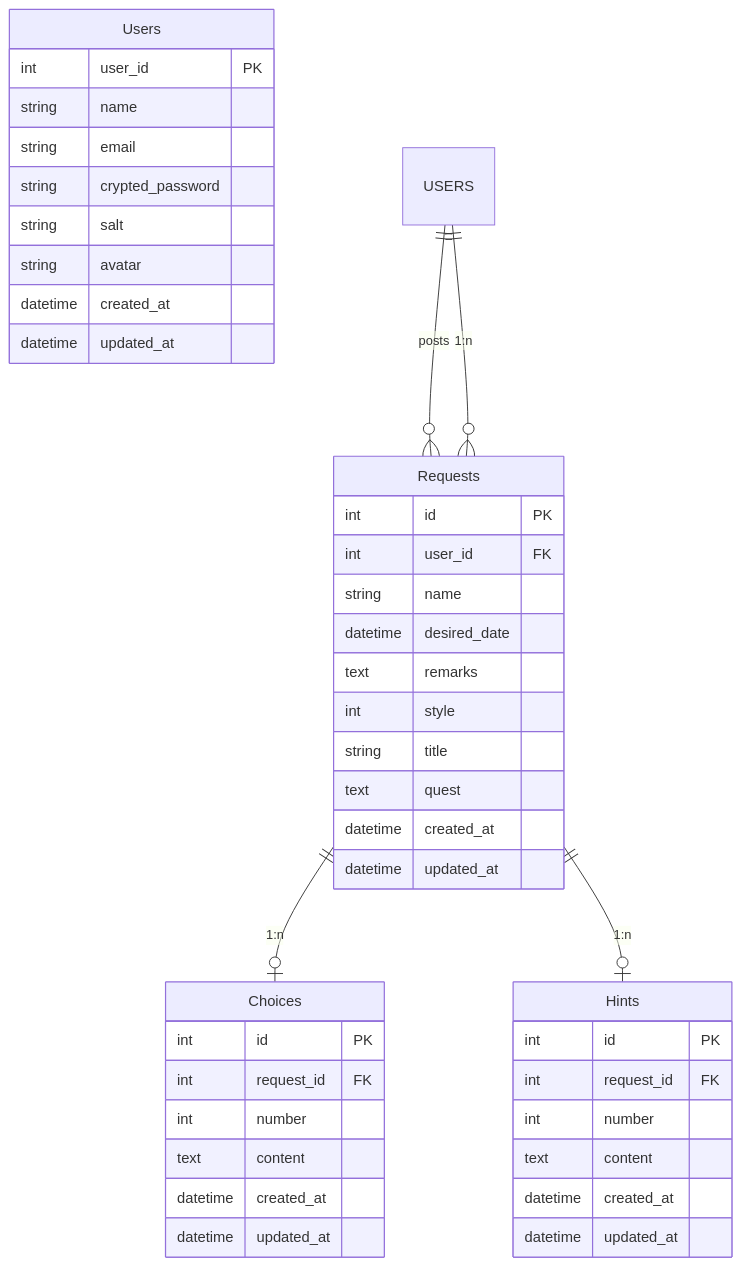
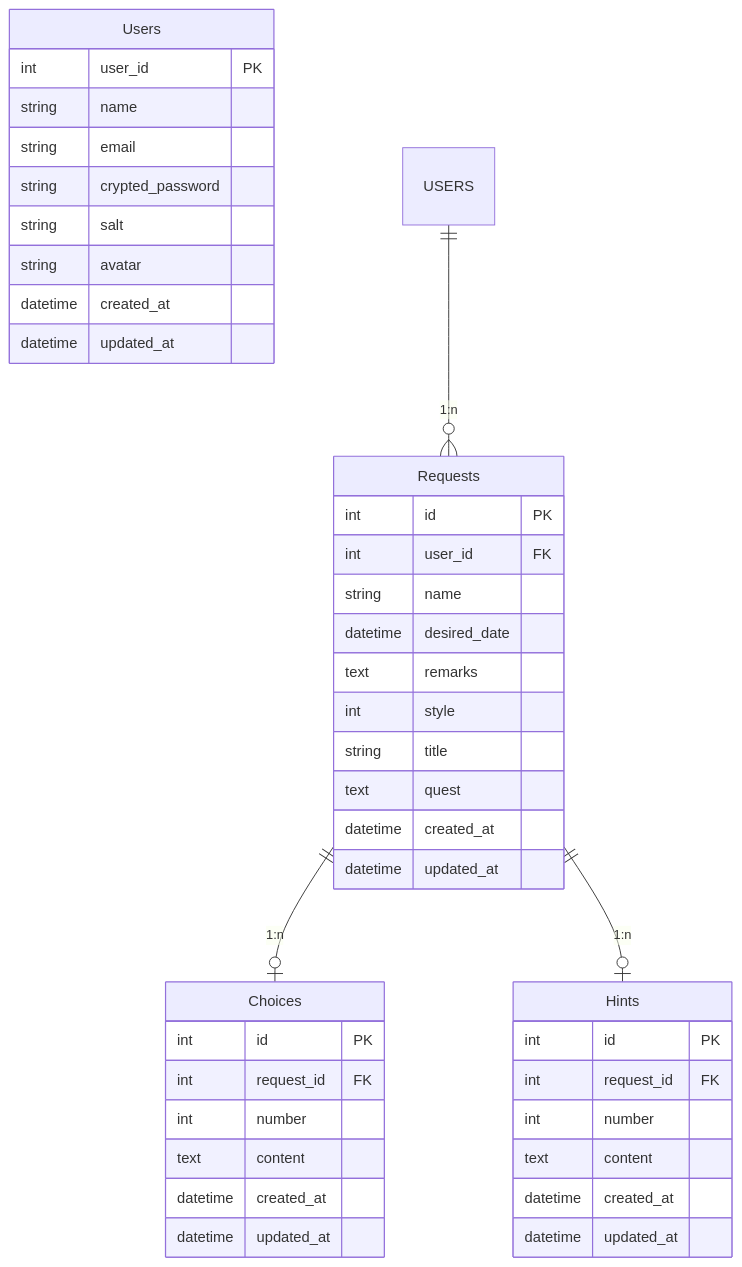
One commit to sami-0085/gift_request changed the diagram in README.md. Above: the diagram before and after it, drawn with Mermaid.

Commit message:
fix: ER図のカーディナリティ修正

````diff
--- a/README.md
+++ b/README.md
@@ -77,50 +77,49 @@
 ```mermaid
 erDiagram
     Users {
         int user_id PK
         string name
         string email
         string crypted_password
         string salt
         string avatar
         datetime created_at
         datetime updated_at
     }
 
     Requests {
         int id PK
         int user_id FK
         string name
         datetime desired_date
         text remarks
         int style
         string title
         text quest
         datetime created_at
         datetime updated_at
     }
 
     Choices {
         int id PK
         int request_id FK
         int number
         text content
         datetime created_at
         datetime updated_at
     }
 
     Hints {
         int id PK
         int request_id FK
         int number
         text content
         datetime created_at
         datetime updated_at
     }
 
-    USERS ||--o{ Requests : "posts"
     USERS ||--o{ Requests : "1:n"
     Requests ||--o| Choices : "1:n"
     Requests ||--o| Hints : "1:n"
 
 ```
````
